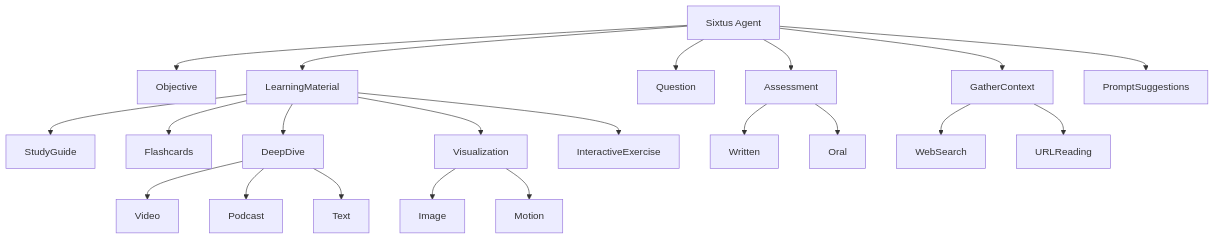
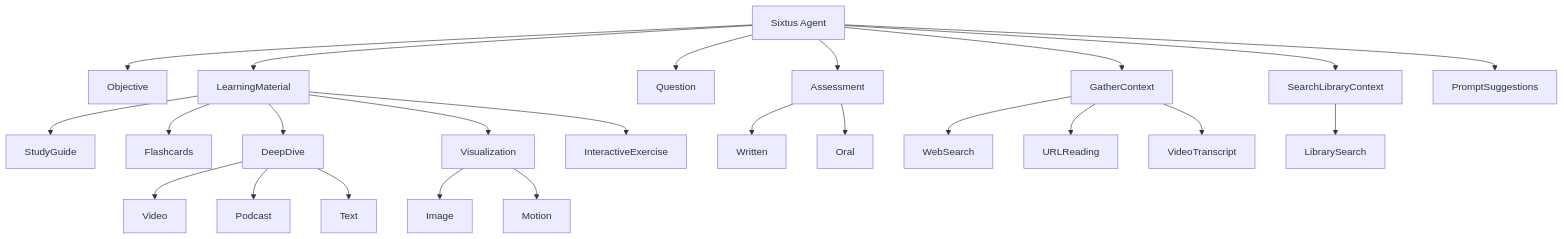
One commit to Noah-Bjorner/ai-education-experiments changed the diagram in projects/sixtus/README.md. Above: the diagram before and after it, drawn with Mermaid. The commit also changed other lines of this file and 42 other files, not shown here.

````diff
--- a/projects/sixtus/README.md
+++ b/projects/sixtus/README.md
@@ -48,37 +63,40 @@
 ```mermaid
 graph TD
   Agent[Sixtus Agent]
 
   Agent --> Objective
   Agent --> LearningMaterial
   Agent --> Question
   Agent --> Assessment
   Agent --> GatherContext
+  Agent --> SearchLibraryContext
   Agent --> PromptSuggestions
 
   Objective
 
   LearningMaterial --> StudyGuide
   LearningMaterial --> Flashcards
   LearningMaterial --> DeepDive
   LearningMaterial --> Visualization
   LearningMaterial --> InteractiveExercise
 
   DeepDive --> DDVideo[Video]
   DeepDive --> DDPodcast[Podcast]
   DeepDive --> DDText[Text]
 
   Visualization --> VizImage[Image]
   Visualization --> VizMotion[Motion]
 
   InteractiveExercise
 
   Question
   Question
 
   Assessment --> Written
   Assessment --> Oral
 
   GatherContext --> WebSearch[WebSearch]
   GatherContext --> URLReading[URLReading]
+  GatherContext --> Transcript[VideoTranscript]
+  SearchLibraryContext --> LibrarySearch[LibrarySearch]
 ```
````
